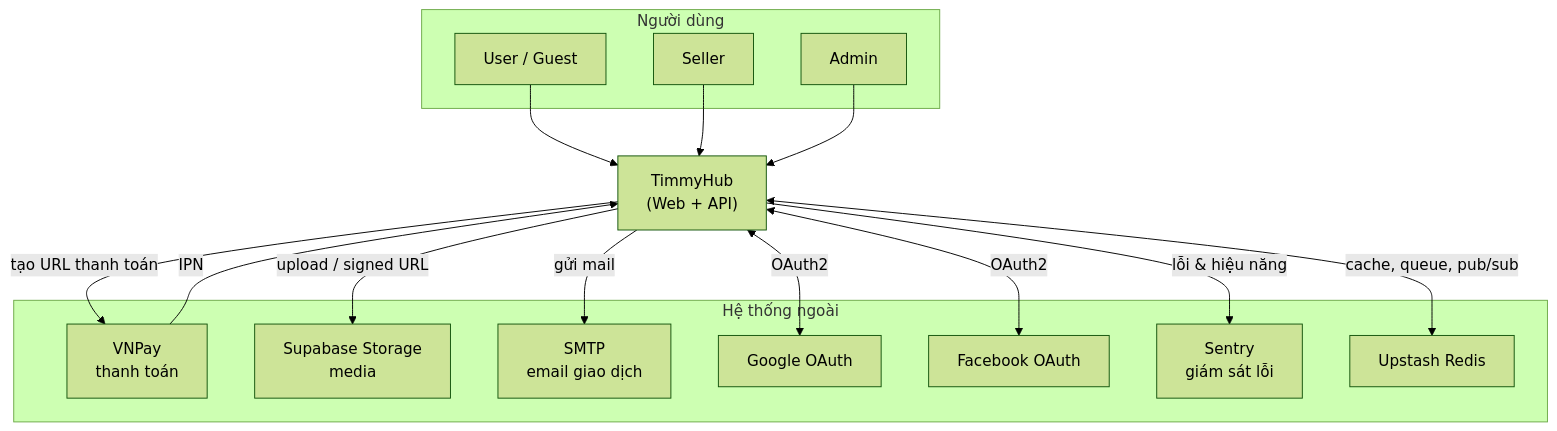
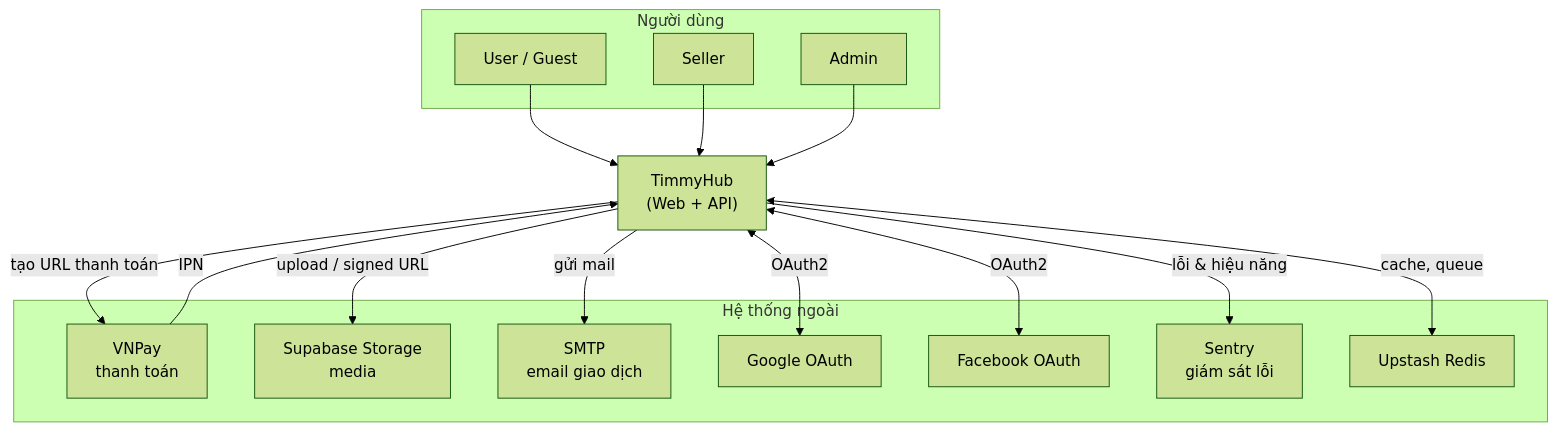
One commit to timmy277/timmyhub changed the first of 4 diagrams in docs/01-architecture/system-architecture.md. Above: the diagram before and after it, drawn with Mermaid (forest theme). The commit also changed other lines of this file and 34 other files, not shown here.

````diff
--- a/docs/01-architecture/system-architecture.md
+++ b/docs/01-architecture/system-architecture.md
@@ -13,33 +18,33 @@
 ```mermaid
 flowchart TB
     subgraph Người dùng
         U[User / Guest]
         S[Seller]
         A[Admin]
     end
 
     TH["TimmyHub<br/>(Web + API)"]
 
     subgraph Hệ thống ngoài
         VNP[VNPay<br/>thanh toán]
         SUP[Supabase Storage<br/>media]
         SMTP[SMTP<br/>email giao dịch]
         GG[Google OAuth]
         FB[Facebook OAuth]
         SEN[Sentry<br/>giám sát lỗi]
         UPS[Upstash Redis]
     end
 
     U --> TH
     S --> TH
     A --> TH
 
     TH -->|tạo URL thanh toán| VNP
     VNP -->|IPN| TH
     TH -->|upload / signed URL| SUP
     TH -->|gửi mail| SMTP
     TH <-->|OAuth2| GG
     TH <-->|OAuth2| FB
     TH -->|lỗi & hiệu năng| SEN
-    TH <-->|cache, queue, pub/sub| UPS
+    TH <-->|cache, queue| UPS
 ```
````
